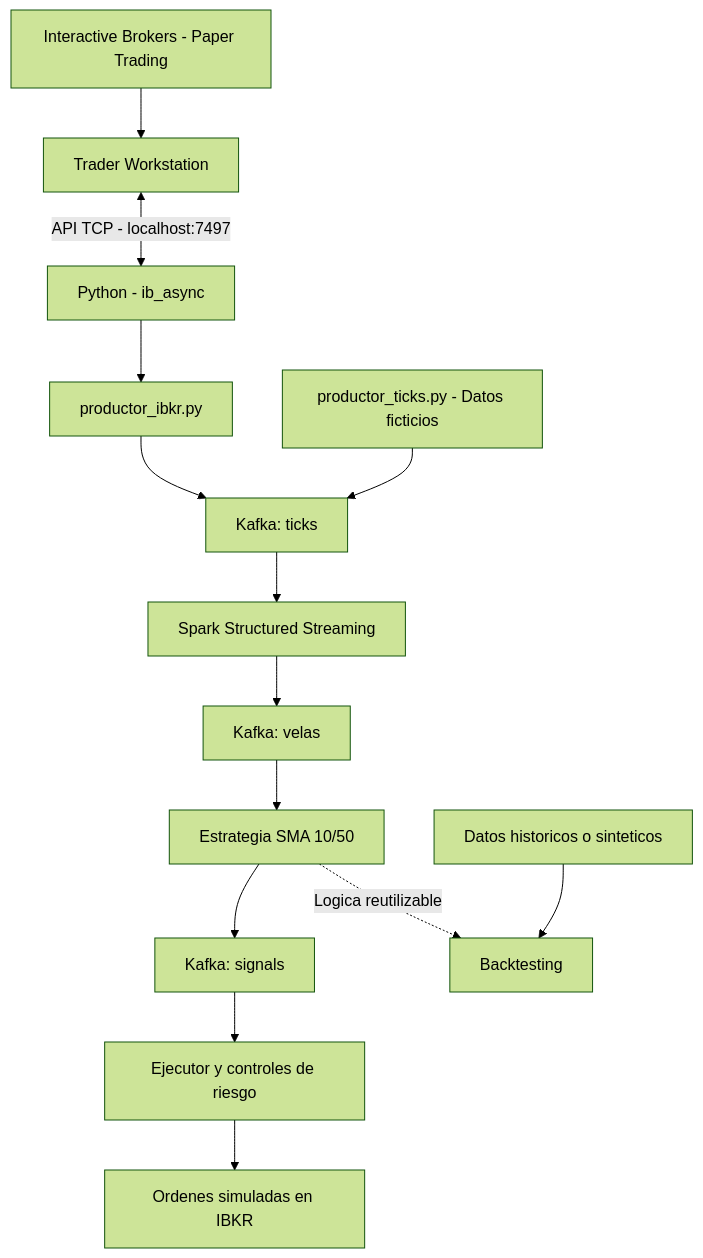
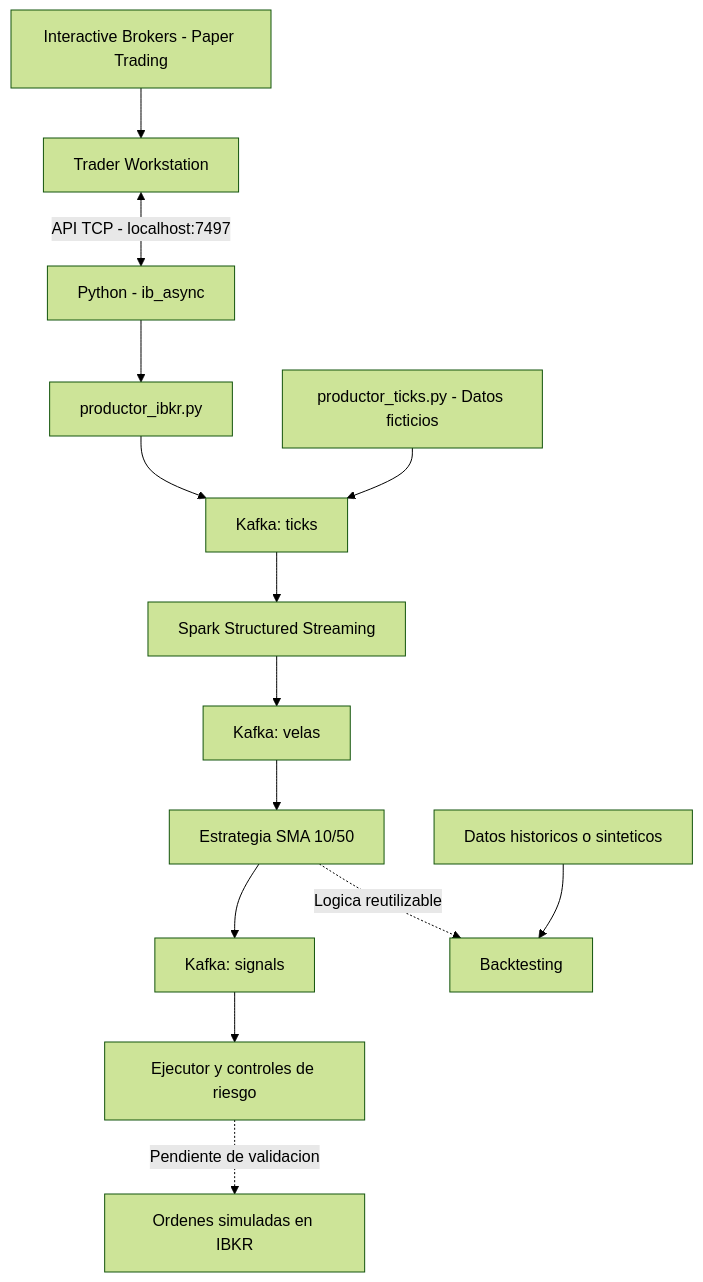
The diagram in README.md (laurasanchezmtz/Proyecto_Trading_Algoritmico), drawn with Mermaid (forest theme) before and after one commit. The commit also changed other lines of this file and 8 other files, not shown here.

````diff
--- a/README.md
+++ b/README.md
@@ -35,16 +35,16 @@
 ```mermaid
 flowchart TD
     A["Interactive Brokers - Paper Trading"] --> B["Trader Workstation"]
     B <-->|"API TCP - localhost:7497"| C["Python - ib_async"]
     C --> D["productor_ibkr.py"]
     T["productor_ticks.py - Datos ficticios"] --> E["Kafka: ticks"]
     D --> E
     E --> F["Spark Structured Streaming"]
     F --> G["Kafka: velas"]
     G --> H["Estrategia SMA 10/50"]
     H --> I["Kafka: signals"]
     I --> J["Ejecutor y controles de riesgo"]
-    J --> K["Ordenes simuladas en IBKR"]
+    J -.->|"Pendiente de validacion"| K["Ordenes simuladas en IBKR"]
     L["Datos historicos o sinteticos"] --> M["Backtesting"]
     H -.->|"Logica reutilizable"| M
 ```
````
